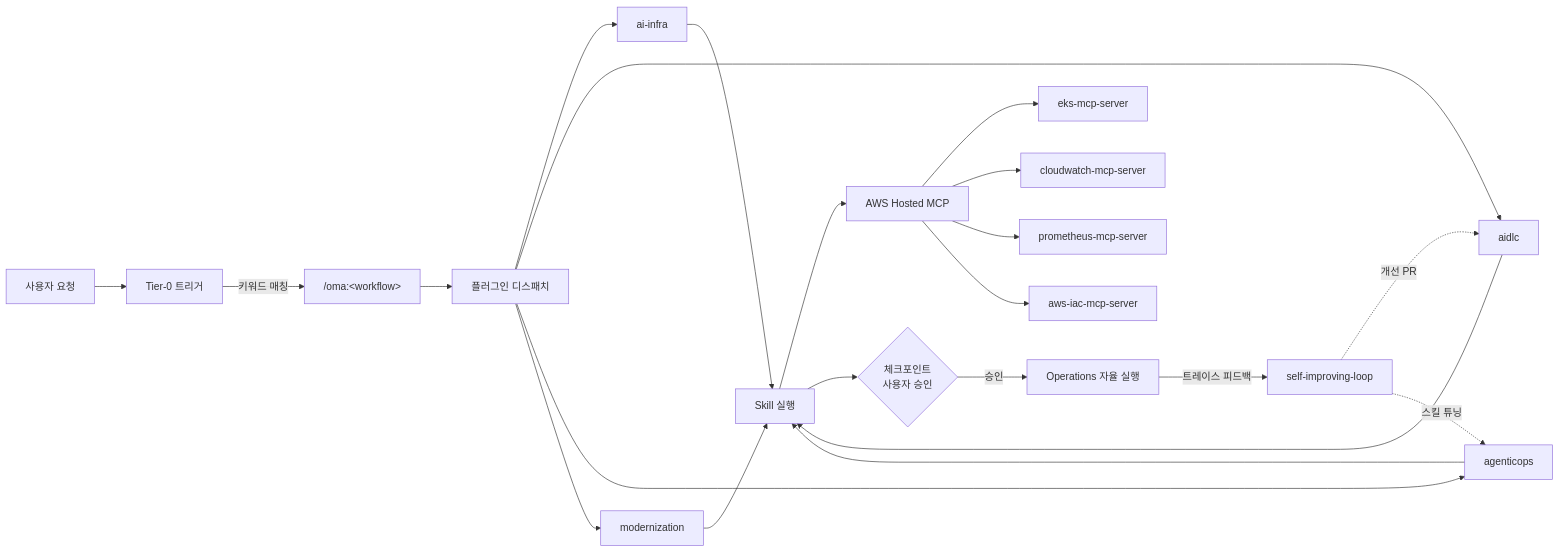
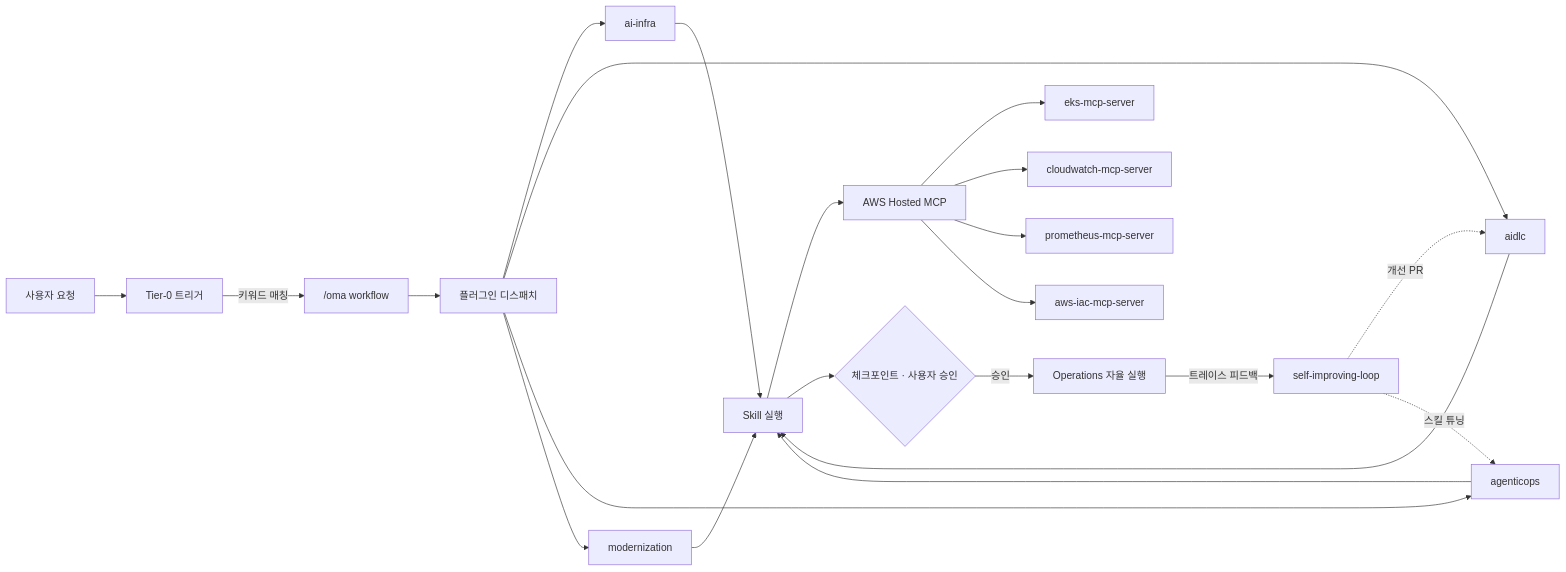
Before and after one commit to aws-samples/sample-oh-my-aidlcops: the diagram in docs/docs/intro.md, drawn with Mermaid. The commit also changed other lines of this file and 3 other files, not shown here.

````diff
--- a/docs/docs/intro.md
+++ b/docs/docs/intro.md
@@ -50,24 +52,24 @@
 ```mermaid
 flowchart LR
-    U[사용자 요청] --> T[Tier-0 트리거]
-    T -->|키워드 매칭| C["/oma:&lt;workflow&gt;"]
-    C --> D[플러그인 디스패치]
-    D --> P1[ai-infra]
-    D --> P2[aidlc]
-    D --> P3[agenticops]
-    D --> P4[modernization]
-    P1 --> S[Skill 실행]
+    U["사용자 요청"] --> T["Tier-0 트리거"]
+    T -- "키워드 매칭" --> C["/oma workflow"]
+    C --> D["플러그인 디스패치"]
+    D --> P1["ai-infra"]
+    D --> P2["aidlc"]
+    D --> P3["agenticops"]
+    D --> P4["modernization"]
+    P1 --> S["Skill 실행"]
     P2 --> S
     P3 --> S
     P4 --> S
-    S --> M[AWS Hosted MCP]
-    M --> EKS[eks-mcp-server]
-    M --> CW[cloudwatch-mcp-server]
-    M --> PR[prometheus-mcp-server]
-    M --> IAC[aws-iac-mcp-server]
-    S --> CK{체크포인트<br/>사용자 승인}
-    CK -->|승인| OP[Operations 자율 실행]
-    OP -->|트레이스 피드백| SI[self-improving-loop]
-    SI -.개선 PR.-> P2
-    SI -.스킬 튜닝.-> P3
+    S --> M["AWS Hosted MCP"]
+    M --> EKS["eks-mcp-server"]
+    M --> CW["cloudwatch-mcp-server"]
+    M --> PR["prometheus-mcp-server"]
+    M --> IAC["aws-iac-mcp-server"]
+    S --> CK{"체크포인트 · 사용자 승인"}
+    CK -- "승인" --> OP["Operations 자율 실행"]
+    OP -- "트레이스 피드백" --> SI["self-improving-loop"]
+    SI -. "개선 PR" .-> P2
+    SI -. "스킬 튜닝" .-> P3
 ```
````
